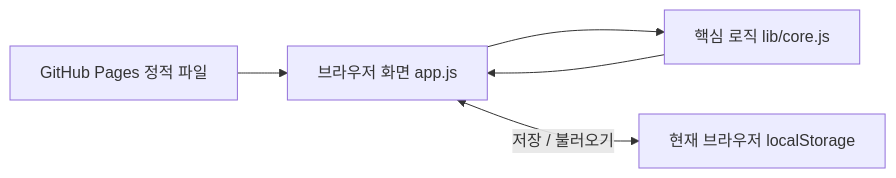
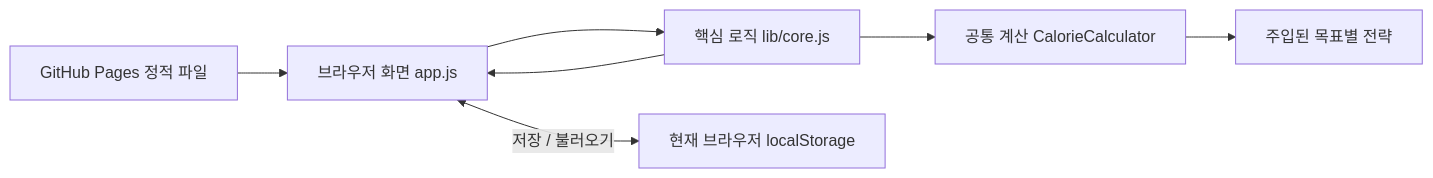
The second of 2 diagrams in docs/PROJECT.md (hansol000808/nutrifit), drawn with Mermaid before and after one commit. The commit also changed other lines of this file and 5 other files, not shown here.

````diff
--- a/docs/PROJECT.md
+++ b/docs/PROJECT.md
@@ -49,7 +50,9 @@
 ```mermaid
 flowchart LR
     Pages[GitHub Pages 정적 파일] --> UI[브라우저 화면 app.js]
     UI --> Core[핵심 로직 lib/core.js]
+    Core --> Calculator[공통 계산 CalorieCalculator]
+    Calculator --> Strategy[주입된 목표별 전략]
     Core --> UI
     UI <-->|저장 / 불러오기| Storage[현재 브라우저 localStorage]
 ```
````
